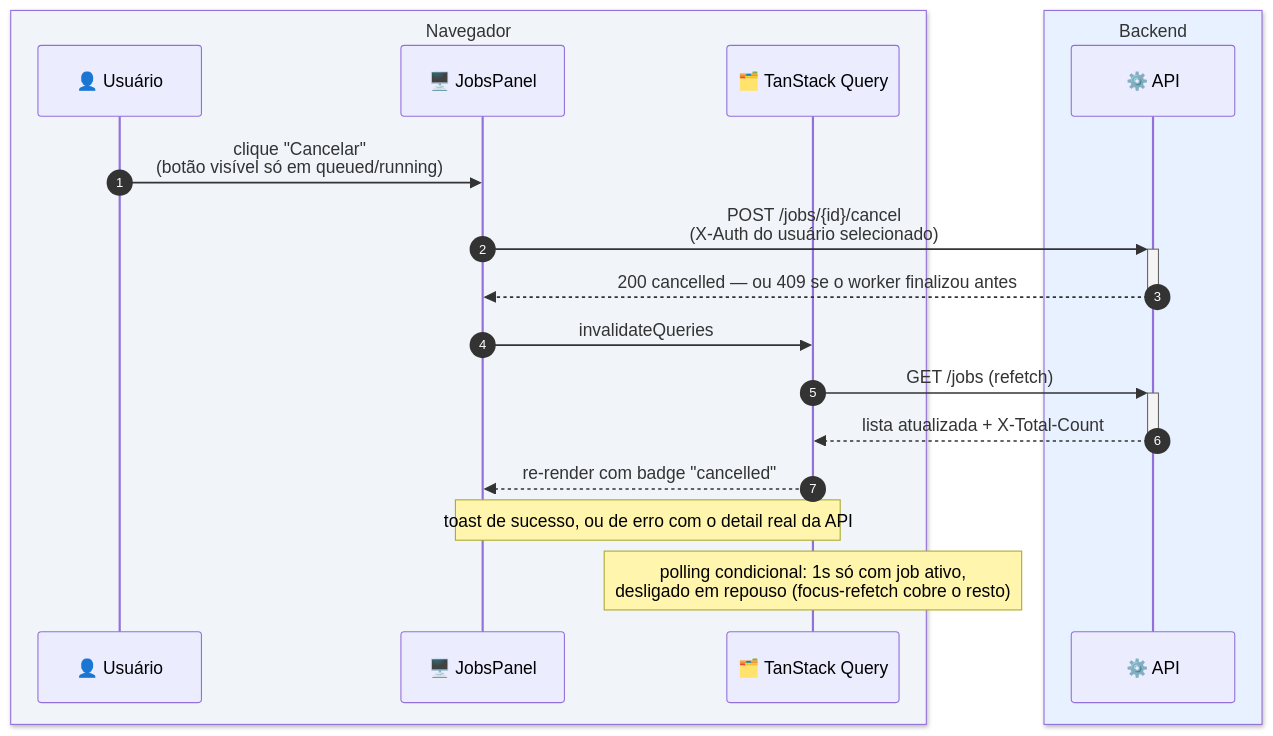
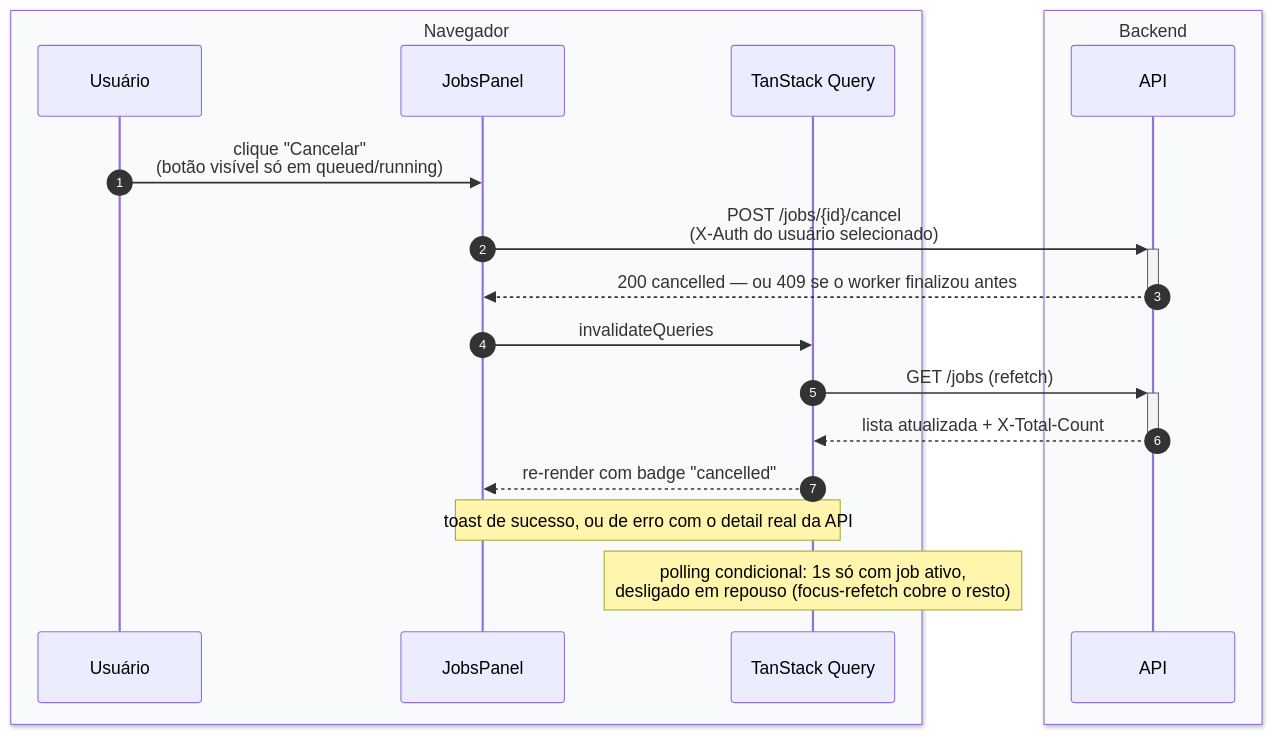
One commit to vinnedev/case-fullstack-senior changed the diagram in docs/web.md. Above: the diagram before and after it, drawn with Mermaid. The commit also changed 6 other files, not shown here.

Commit message:
refactor(docs): update diagrams and improve readability in documentation

````diff
--- a/docs/web.md
+++ b/docs/web.md
@@ -47,22 +47,22 @@
 ```mermaid
 sequenceDiagram
     autonumber
-    box rgb(241, 245, 249) Navegador
-        participant U as 👤 Usuário
-        participant L as 🖥️ JobsPanel
-        participant Q as 🗂️ TanStack Query
+    box rgb(248, 250, 252) Navegador
+        participant U as Usuário
+        participant L as JobsPanel
+        participant Q as TanStack Query
     end
-    box rgb(232, 241, 255) Backend
-        participant A as ⚙️ API
+    box rgb(248, 250, 252) Backend
+        participant A as API
     end
 
     U->>L: clique "Cancelar"<br/>(botão visível só em queued/running)
     L->>+A: POST /jobs/{id}/cancel<br/>(X-Auth do usuário selecionado)
     A-->>-L: 200 cancelled — ou 409 se o worker finalizou antes
     L->>Q: invalidateQueries
     Q->>+A: GET /jobs (refetch)
     A-->>-Q: lista atualizada + X-Total-Count
     Q-->>L: re-render com badge "cancelled"
     Note over L,Q: toast de sucesso, ou de erro com o detail real da API
     Note over Q: polling condicional: 1s só com job ativo,<br/>desligado em repouso (focus-refetch cobre o resto)
 ```
````
